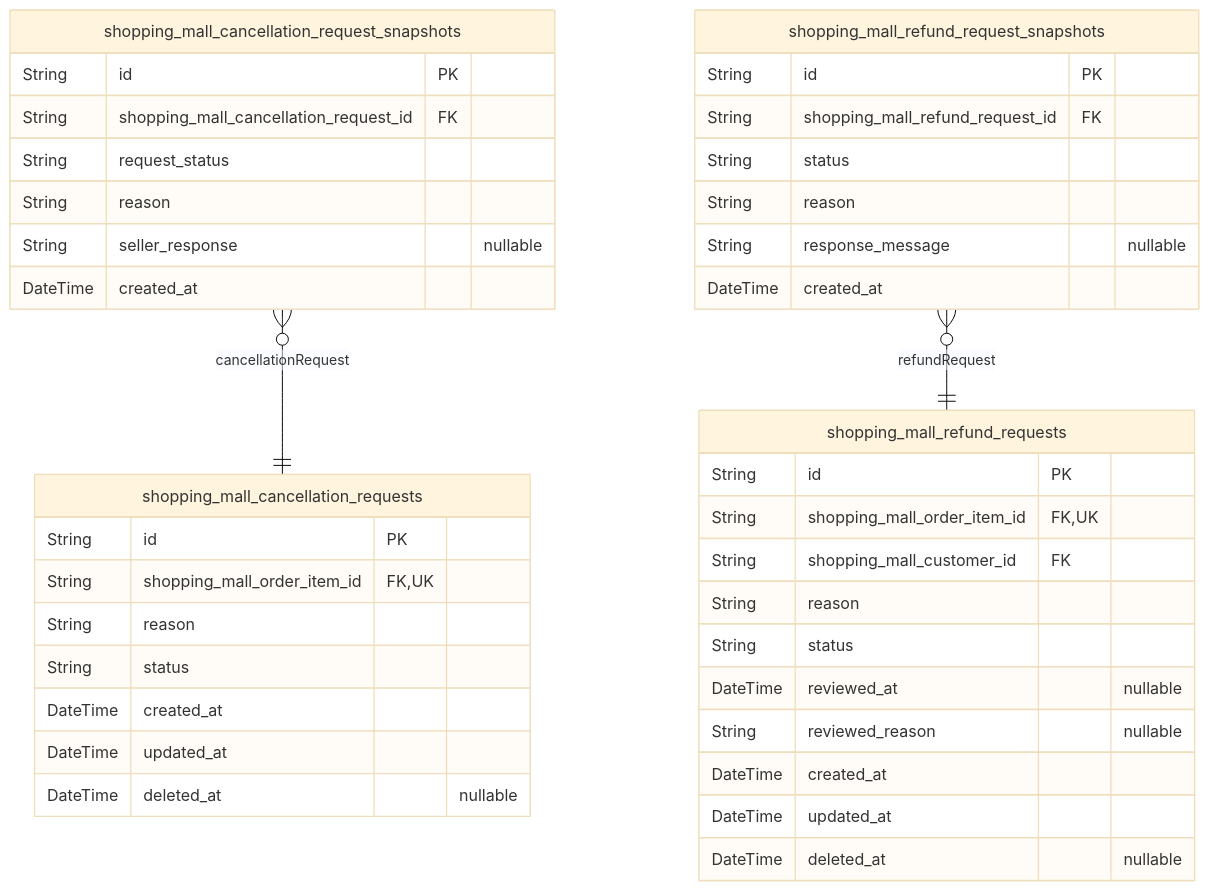
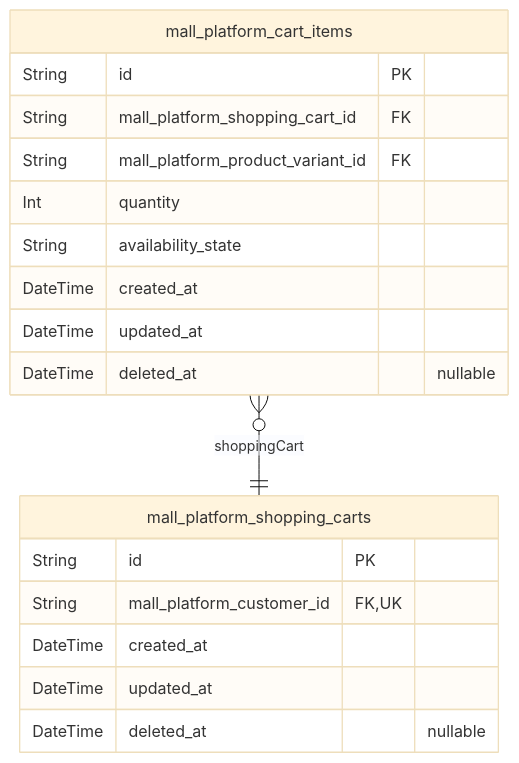
The seventh of 17 diagrams in openai/gpt-5.4-mini/shopping/docs/ERD.md (wrtnlabs/autobe-examples), drawn with Mermaid (base theme) before and after one commit. The commit also changed other lines of this file and 9017 other files, not shown here.

````diff
--- a/openai/gpt-5.4-mini/shopping/docs/ERD.md
+++ b/openai/gpt-5.4-mini/shopping/docs/ERD.md
@@ -705,42 +755,21 @@
 ```mermaid
 erDiagram
-"shopping_mall_cancellation_requests" {
+"mall_platform_shopping_carts" {
   String id PK
-  String shopping_mall_order_item_id FK,UK
-  String reason
-  String status
+  String mall_platform_customer_id FK,UK
   DateTime created_at
   DateTime updated_at
   DateTime deleted_at "nullable"
 }
-"shopping_mall_cancellation_request_snapshots" {
+"mall_platform_cart_items" {
   String id PK
-  String shopping_mall_cancellation_request_id FK
-  String request_status
-  String reason
-  String seller_response "nullable"
-  DateTime created_at
-}
-"shopping_mall_refund_requests" {
-  String id PK
-  String shopping_mall_order_item_id FK,UK
-  String shopping_mall_customer_id FK
-  String reason
-  String status
-  DateTime reviewed_at "nullable"
-  String reviewed_reason "nullable"
+  String mall_platform_shopping_cart_id FK
+  String mall_platform_product_variant_id FK
+  Int quantity
+  String availability_state
   DateTime created_at
   DateTime updated_at
   DateTime deleted_at "nullable"
 }
-"shopping_mall_refund_request_snapshots" {
-  String id PK
-  String shopping_mall_refund_request_id FK
-  String status
-  String reason
-  String response_message "nullable"
-  DateTime created_at
-}
-"shopping_mall_cancellation_request_snapshots" }o--|| "shopping_mall_cancellation_requests" : cancellationRequest
-"shopping_mall_refund_request_snapshots" }o--|| "shopping_mall_refund_requests" : refundRequest
+"mall_platform_cart_items" }o--|| "mall_platform_shopping_carts" : shoppingCart
 ```
````
